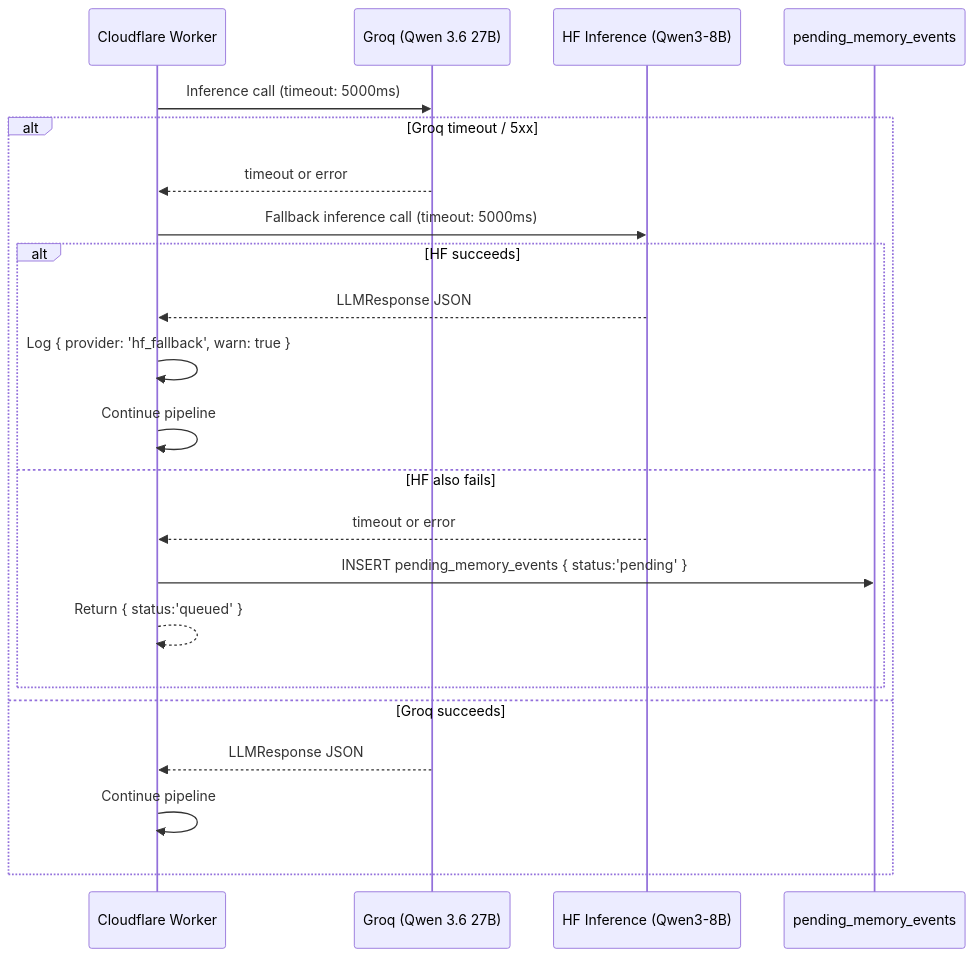
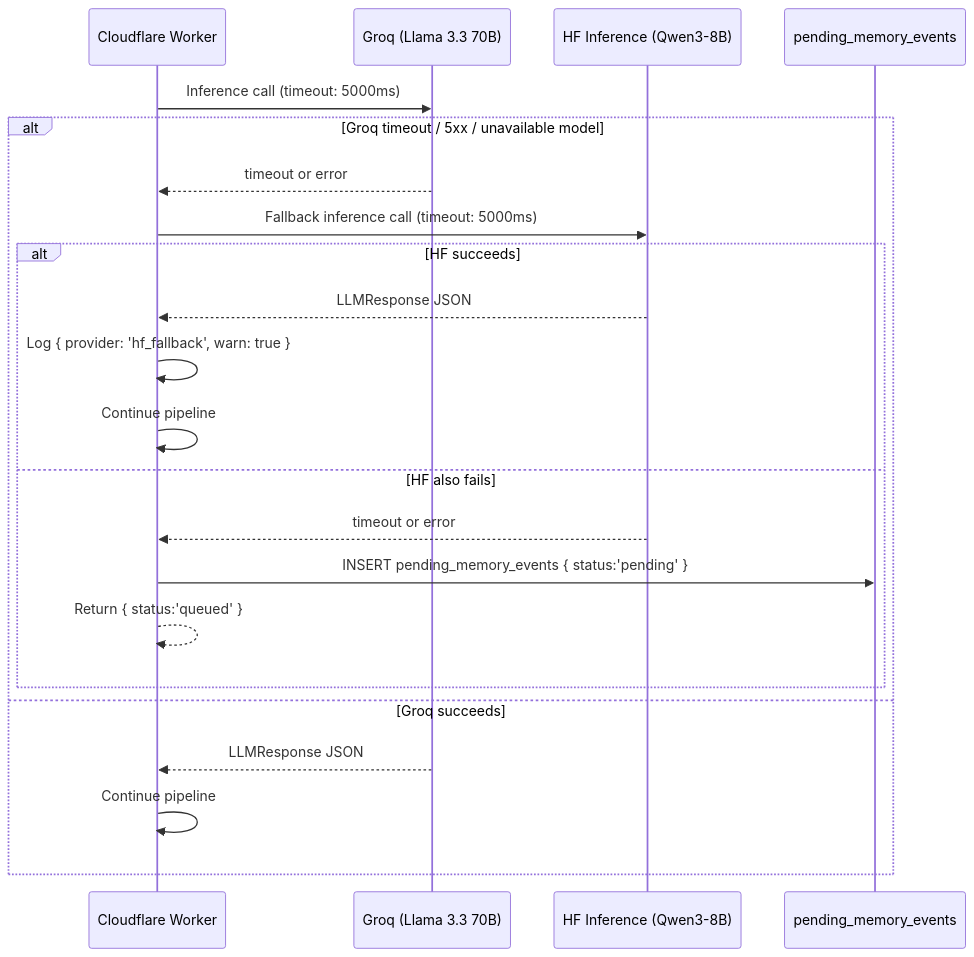
Before and after one commit to PathAllAI/Adaprio: the fifth of 14 diagrams in handbook.md, drawn with Mermaid. The commit also changed other lines of this file and 4 other files, not shown here.

````diff
--- a/handbook.md
+++ b/handbook.md
@@ -3487,25 +3487,25 @@
 ```mermaid
 sequenceDiagram
     participant W as Cloudflare Worker
-    participant Groq as Groq (Qwen 3.6 27B)
+    participant Groq as Groq (Llama 3.3 70B)
     participant HF as HF Inference (Qwen3-8B)
     participant Q as pending_memory_events
 
     W->>Groq: Inference call (timeout: 5000ms)
-    alt Groq timeout / 5xx
+    alt Groq timeout / 5xx / unavailable model
         Groq-->>W: timeout or error
         W->>HF: Fallback inference call (timeout: 5000ms)
         alt HF succeeds
             HF-->>W: LLMResponse JSON
             W->>W: Log { provider: 'hf_fallback', warn: true }
             W->>W: Continue pipeline
         else HF also fails
             HF-->>W: timeout or error
             W->>Q: INSERT pending_memory_events { status:'pending' }
             W-->>W: Return { status:'queued' }
         end
     else Groq succeeds
         Groq-->>W: LLMResponse JSON
         W->>W: Continue pipeline
     end
 ```
````
